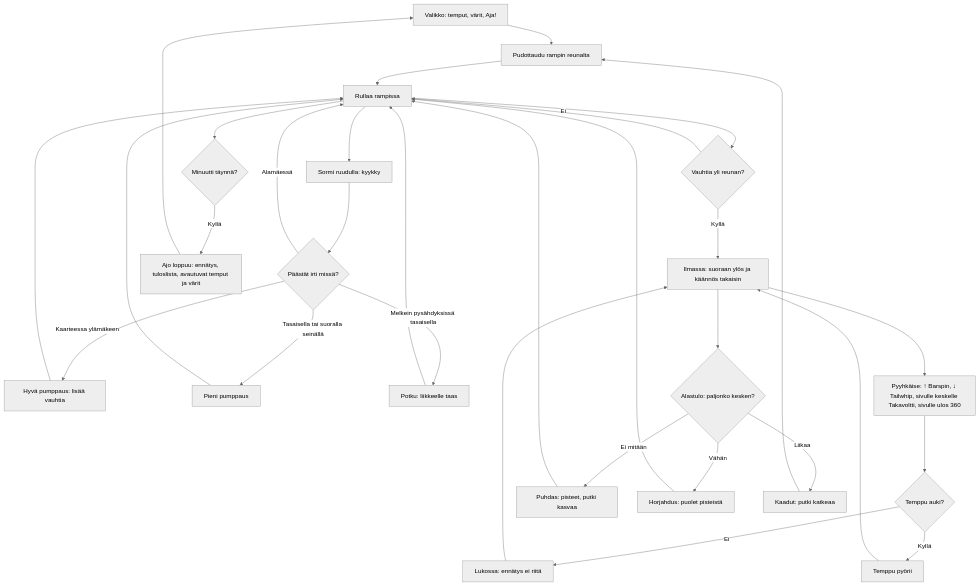
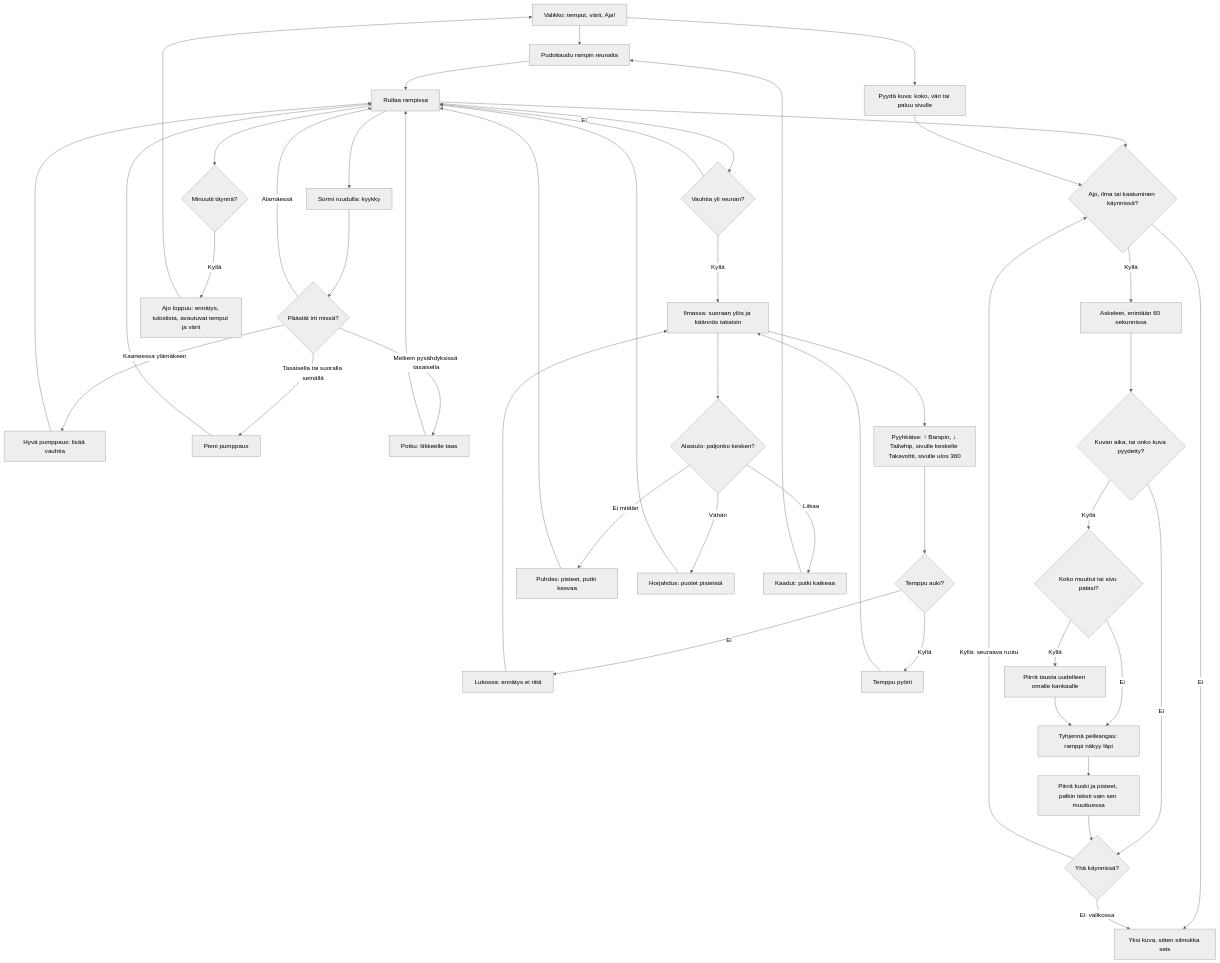
One commit to eerovil/ai-pelit changed the diagram in docs/diagrams/skuutti.md. Above: the diagram before and after it, drawn with Mermaid (neutral theme). The commit also changed other lines of this file and 5 other files, not shown here.

````diff
--- a/docs/diagrams/skuutti.md
+++ b/docs/diagrams/skuutti.md
@@ -14,39 +16,54 @@
 ```mermaid
 flowchart TD
   A[Valikko: temput, värit, Aja!] --> B[Pudottaudu rampin reunalta]
   B --> C[Rullaa rampissa]
   C --> D[Sormi ruudulla: kyykky]
   D --> E{Päästät irti missä?}
   E -- Kaarteessa ylämäkeen --> F[Hyvä pumppaus: lisää vauhtia]
   E -- Tasaisella tai suoralla seinällä --> G[Pieni pumppaus]
   E -- Alamäessä --> C
   E -- Melkein pysähdyksissä tasaisella --> H[Potku: liikkeelle taas]
   F --> C
   G --> C
   H --> C
   C --> I{Vauhtia yli reunan?}
   I -- Ei --> C
   I -- Kyllä --> J[Ilmassa: suoraan ylös ja käännös takaisin]
   J --> K[Pyyhkäise: ↑ Barspin, ↓ Tailwhip, sivulle keskelle Takavoltti, sivulle ulos 360]
   K --> L{Temppu auki?}
   L -- Ei --> M[Lukossa: ennätys ei riitä]
   L -- Kyllä --> N[Temppu pyörii]
   M --> J
   N --> J
   J --> O{Alastulo: paljonko kesken?}
   O -- Ei mitään --> P[Puhdas: pisteet, putki kasvaa]
   O -- Vähän --> Q[Horjahdus: puolet pisteistä]
   O -- Liikaa --> R[Kaadut: putki katkeaa]
   R --> B
   P --> C
   Q --> C
   C --> S{Minuutti täynnä?}
   S -- Kyllä --> T[Ajo loppuu: ennätys, tuloslista, avautuvat temput ja värit]
   T --> A
+  A --> U[Pyydä kuva: koko, väri tai paluu sivulle]
+  C --> V
+  U --> V{Ajo, ilma tai kaatuminen käynnissä?}
+  V -- Ei --> W[Yksi kuva, sitten silmukka seis]
+  V -- Kyllä --> X[Askeleet, enintään 60 sekunnissa]
+  X --> AC{Kuvan aika, tai onko kuva pyydetty?}
+  AC -- Ei --> AD
+  AC -- Kyllä --> Y{Koko muuttui tai sivu palasi?}
+  Y -- Kyllä --> Z[Piirrä tausta uudelleen omalle kankaalle]
+  Y -- Ei --> AA[Tyhjennä pelikangas: ramppi näkyy läpi]
+  Z --> AA
+  AA --> AB[Piirrä kuski ja pisteet, palkin teksti vain sen muuttuessa]
+  AB --> AD{Yhä käynnissä?}
+  AD -- Kyllä: seuraava ruutu --> V
+  AD -- Ei: valikossa --> W
   class D,K blue
-  class E,I,L,O,S amber
-  class B,C,F,G,H,J,N teal
-  class A violet
+  class E,I,L,O,S,V,Y,AC,AD amber
+  class B,C,F,G,H,J,N,X,Z,AA,AB teal
+  class A,U,W violet
   class P,Q,T green
   class M,R rose
 ```
````
